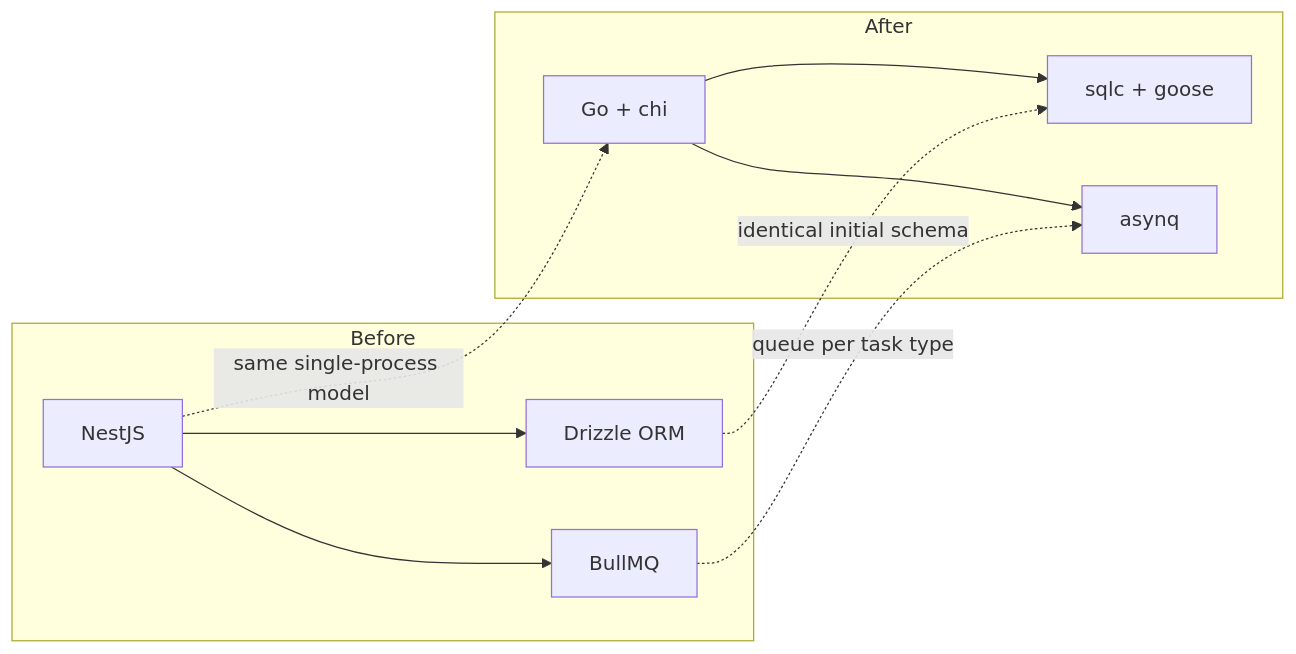
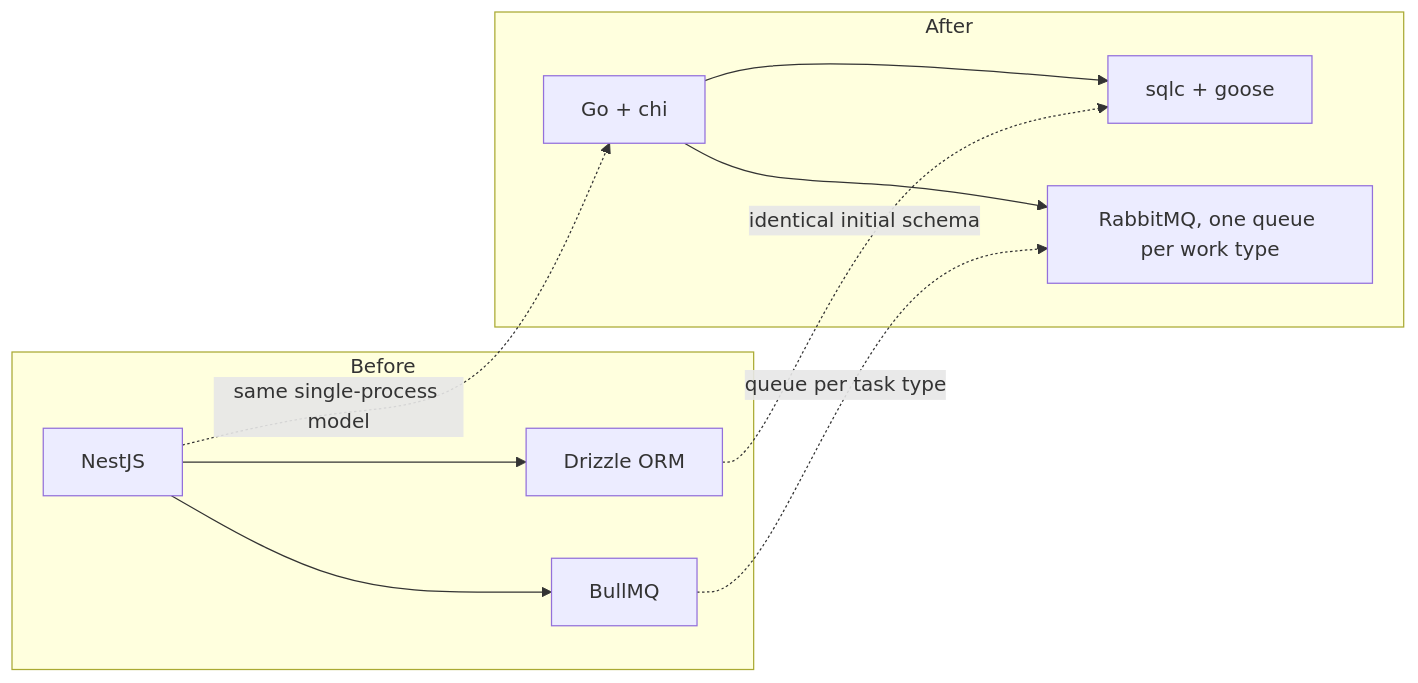
Before and after one commit to nonamecat19/job-finder: the first of 3 diagrams in docs/docs/architecture/technology-choices.md, drawn with Mermaid. The commit also changed other lines of this file and 13 other files, not shown here.

````diff
--- a/docs/docs/architecture/technology-choices.md
+++ b/docs/docs/architecture/technology-choices.md
@@ -33,14 +33,14 @@
 ```mermaid
 flowchart LR
     subgraph Before
         N["NestJS"] --> DR["Drizzle ORM"]
         N --> BQ["BullMQ"]
     end
     subgraph After
         G["Go + chi"] --> SQ["sqlc + goose"]
-        G --> AQ["asynq"]
+        G --> RMQ["RabbitMQ, one queue per work type"]
     end
     N -.->|"same single-process model"| G
     DR -.->|"identical initial schema"| SQ
-    BQ -.->|"queue per task type"| AQ
+    BQ -.->|"queue per task type"| RMQ
 ```
````
